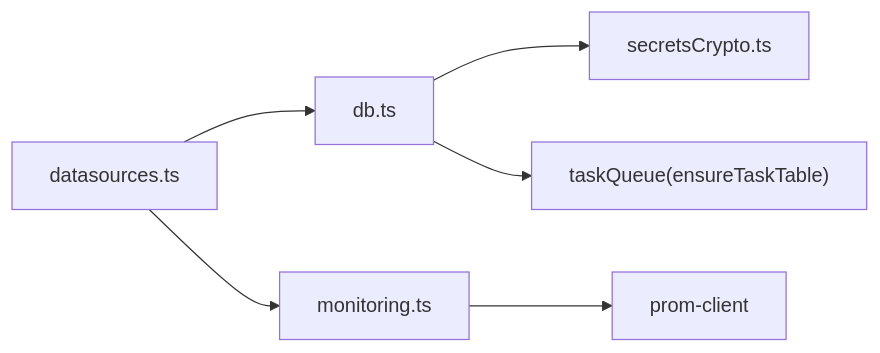
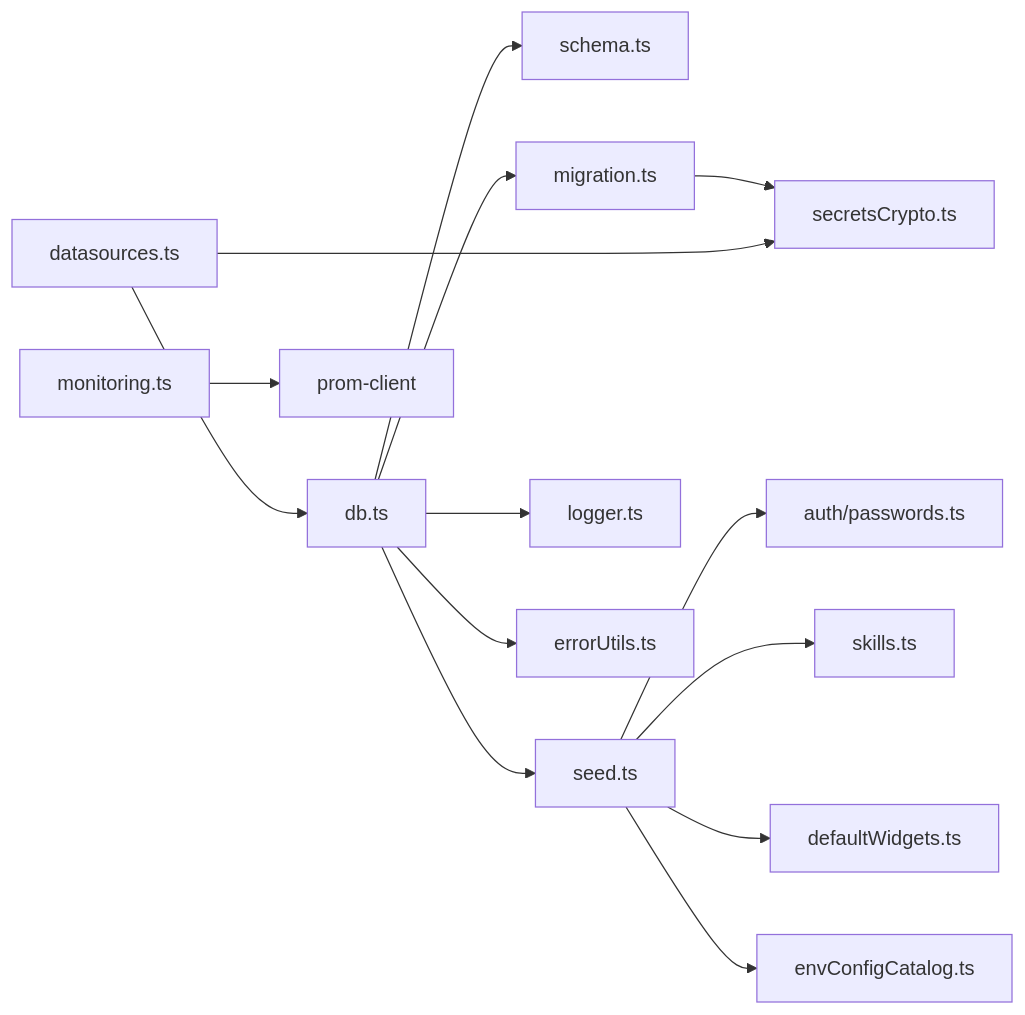
Before and after one commit to dgjin/smart-data-analytics: the fifth of 5 diagrams in .qoder/repowiki/zh/content/后端服务/数据访问层/数据库连接管理.md, drawn with Mermaid. The commit also changed other lines of this file and 146 other files, not shown here.

````diff
--- a/.qoder/repowiki/zh/content/后端服务/数据访问层/数据库连接管理.md
+++ b/.qoder/repowiki/zh/content/后端服务/数据访问层/数据库连接管理.md
@@ -236,8 +286,16 @@
 ```mermaid
 graph LR
-DB["db.ts"] --> SC["secretsCrypto.ts"]
-DB --> TQ["taskQueue(ensureTaskTable)"]
+DB["db.ts"] --> SCHEMA["schema.ts"]
+DB --> MIGRATION["migration.ts"]
+DB --> SEED["seed.ts"]
+MIGRATION --> SECRETS["secretsCrypto.ts"]
+DB --> LOGGER["logger.ts"]
+DB --> ERROR_UTILS["errorUtils.ts"]
+SEED --> AUTH["auth/passwords.ts"]
+SEED --> SKILLS["skills.ts"]
+SEED --> DEFAULT_WIDGETS["defaultWidgets.ts"]
+SEED --> ENV_CONFIG["envConfigCatalog.ts"]
 DS["datasources.ts"] --> DB
-DS --> MON["monitoring.ts"]
-MON --> PROM["prom-client"]
+DS --> SECRETS
+MON["monitoring.ts"] --> PROM["prom-client"]
 ```
````
